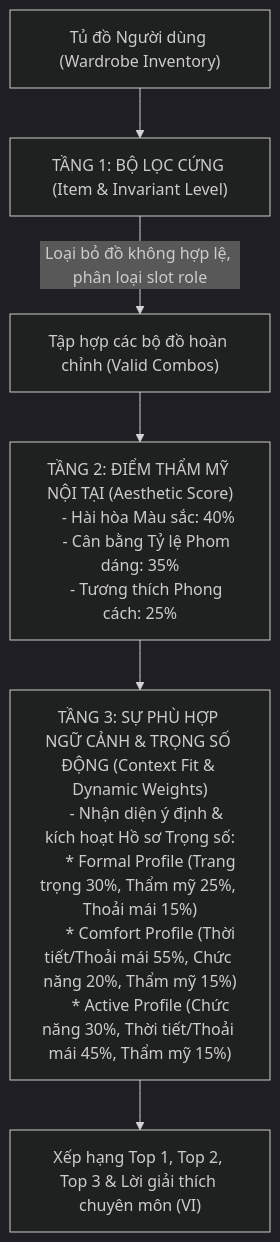
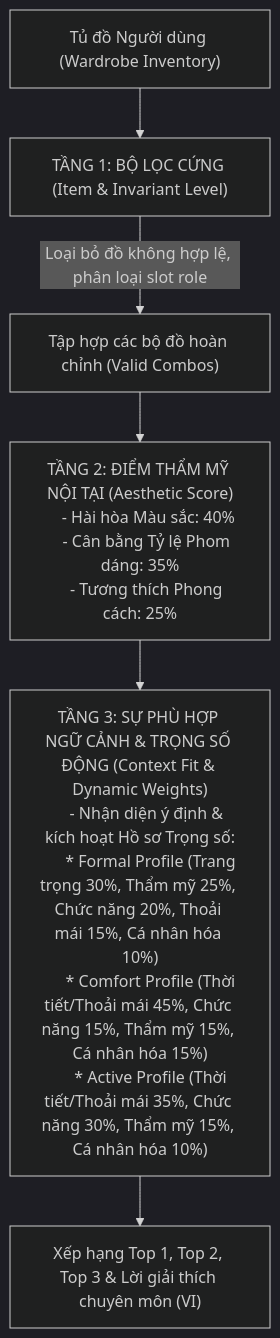
Before and after one commit to LongTeaa/Multi-Agent-Fashion-Stylist: the diagram in docs/03_domain/FASHION_KNOWLEDGE_BASE.md, drawn with Mermaid (dark theme). The commit also changed other lines of this file and 4 other files, not shown here.

Commit message:
fix(stylist): give comfort and active weight profiles positive personalization share

````diff
--- a/docs/03_domain/FASHION_KNOWLEDGE_BASE.md
+++ b/docs/03_domain/FASHION_KNOWLEDGE_BASE.md
@@ -70,18 +70,18 @@
 ```mermaid
 graph TD
     A["Tủ đồ Người dùng (Wardrobe Inventory)"] --> Tier1["TẦNG 1: BỘ LỌC CỨNG (Item & Invariant Level)"]
     Tier1 -->|"Loại bỏ đồ không hợp lệ, phân loại slot role"| ValidOutfits["Tập hợp các bộ đồ hoàn chỉnh (Valid Combos)"]
 
     ValidOutfits --> Tier2["TẦNG 2: ĐIỂM THẨM MỸ NỘI TẠI (Aesthetic Score)
     - Hài hòa Màu sắc: 40%
     - Cân bằng Tỷ lệ Phom dáng: 35%
     - Tương thích Phong cách: 25%"]
 
     Tier2 --> Tier3["TẦNG 3: SỰ PHÙ HỢP NGỮ CẢNH & TRỌNG SỐ ĐỘNG (Context Fit & Dynamic Weights)
     - Nhận diện ý định & kích hoạt Hồ sơ Trọng số:
-      * Formal Profile (Trang trọng 30%, Thẩm mỹ 25%, Thoải mái 15%)
-      * Comfort Profile (Thời tiết/Thoải mái 55%, Chức năng 20%, Thẩm mỹ 15%)
-      * Active Profile (Chức năng 30%, Thời tiết/Thoải mái 45%, Thẩm mỹ 15%)"]
+      * Formal Profile (Trang trọng 30%, Thẩm mỹ 25%, Chức năng 20%, Thoải mái 15%, Cá nhân hóa 10%)
+      * Comfort Profile (Thời tiết/Thoải mái 45%, Chức năng 15%, Thẩm mỹ 15%, Cá nhân hóa 15%)
+      * Active Profile (Thời tiết/Thoải mái 35%, Chức năng 30%, Thẩm mỹ 15%, Cá nhân hóa 10%)"]
 
     Tier3 --> FinalRanking["Xếp hạng Top 1, Top 2, Top 3 & Lời giải thích chuyên môn (VI)"]
 ```
````
